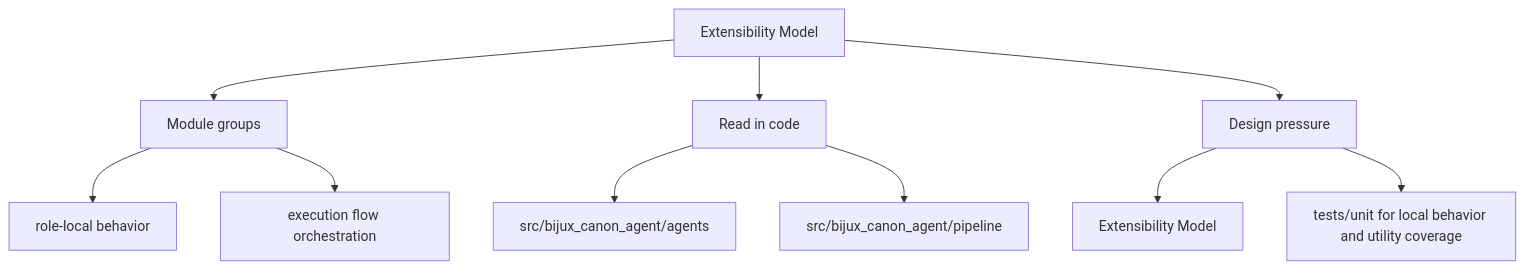
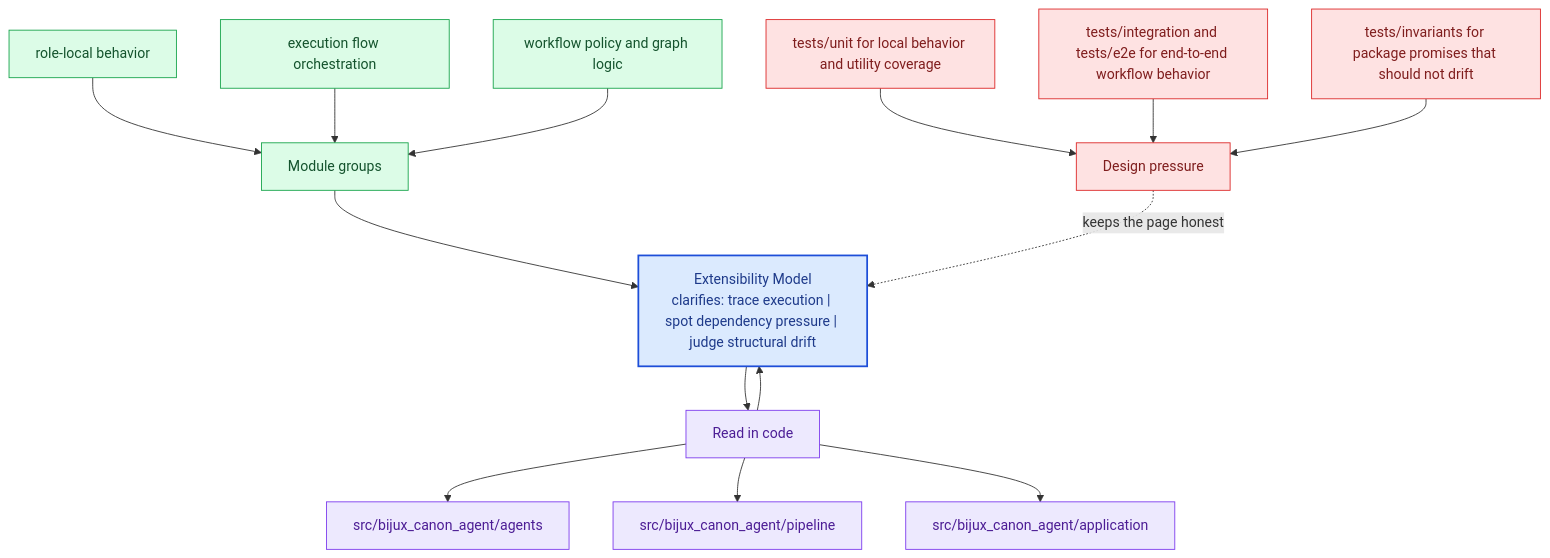
The second of 2 diagrams in docs/bijux-canon-agent/architecture/extensibility-model.md (bijux/bijux-canon), drawn with Mermaid before and after one commit. The commit also changed other lines of this file and 281 other files, not shown here.

Commit message:
docs(diagrams): deepen handbook mermaid maps across the catalog

````diff
--- a/docs/bijux-canon-agent/architecture/extensibility-model.md
+++ b/docs/bijux-canon-agent/architecture/extensibility-model.md
@@ -34,22 +67,40 @@
 ```mermaid
-flowchart TD
-    page["Extensibility Model"]
+flowchart TB
+    promise["Extensibility Model<br/>clarifies: trace execution | spot dependency pressure | judge structural drift"]
+    classDef promise fill:#dbeafe,stroke:#1d4ed8,color:#1e3a8a,stroke-width:2px;
+    classDef driver fill:#dcfce7,stroke:#16a34a,color:#14532d;
+    classDef constraint fill:#fee2e2,stroke:#dc2626,color:#7f1d1d;
+    classDef ground fill:#ede9fe,stroke:#7c3aed,color:#4c1d95;
     focus1["Module groups"]
-    page --> focus1
+    focus1 --> promise
     focus1_1["role-local behavior"]
-    focus1 --> focus1_1
+    focus1_1 --> focus1
     focus1_2["execution flow orchestration"]
-    focus1 --> focus1_2
+    focus1_2 --> focus1
+    focus1_3["workflow policy and graph logic"]
+    focus1_3 --> focus1
+    class focus1 driver;
+    class focus1_1,focus1_2,focus1_3 driver;
     focus2["Read in code"]
-    page --> focus2
+    focus2 --> promise
+    promise --> focus2
     focus2_1["src/bijux_canon_agent/agents"]
     focus2 --> focus2_1
     focus2_2["src/bijux_canon_agent/pipeline"]
     focus2 --> focus2_2
+    focus2_3["src/bijux_canon_agent/application"]
+    focus2 --> focus2_3
+    class focus2 ground;
+    class focus2_1,focus2_2,focus2_3 ground;
     focus3["Design pressure"]
-    page --> focus3
-    focus3_1["Extensibility Model"]
-    focus3 --> focus3_1
-    focus3_2["tests/unit for local behavior and utility coverage"]
-    focus3 --> focus3_2
+    focus3 -.keeps the page honest.-> promise
+    focus3_1["tests/unit for local behavior and utility coverage"]
+    focus3_1 --> focus3
+    focus3_2["tests/integration and tests/e2e for end-to-end workflow behavior"]
+    focus3_2 --> focus3
+    focus3_3["tests/invariants for package promises that should not drift"]
+    focus3_3 --> focus3
+    class focus3 constraint;
+    class focus3_1,focus3_2,focus3_3 constraint;
+    class promise promise;
 ```
````
